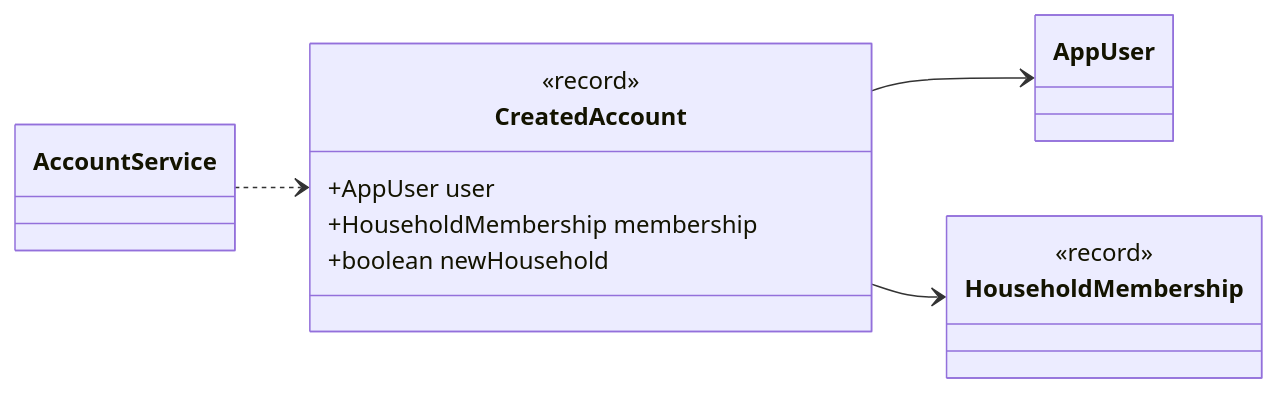
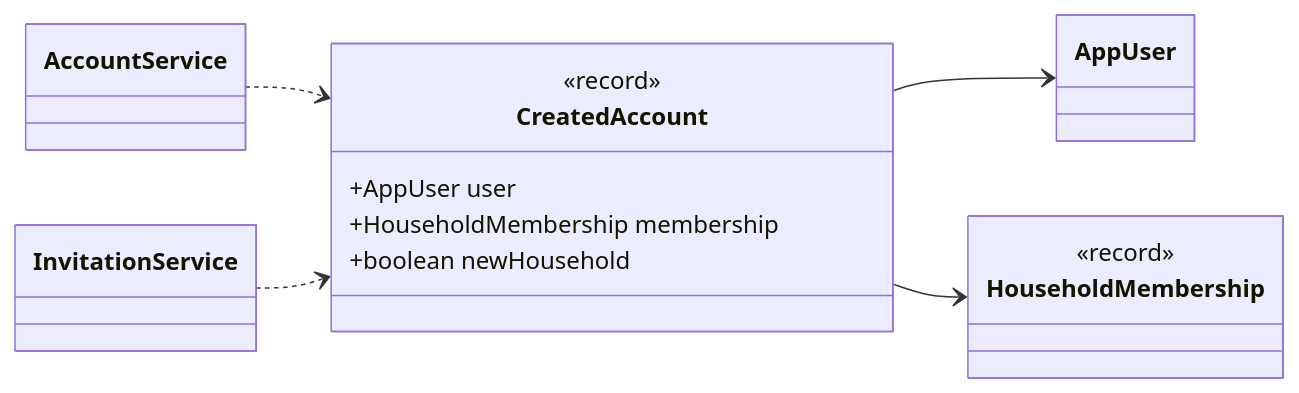
One commit to Nate-ryan-7690/dahaem changed the seventh of 24 diagrams in docs/classes/auth.md. Above: the diagram before and after it, drawn with Mermaid. The commit also changed other lines of this file and 4 other files, not shown here.

````diff
--- a/docs/classes/auth.md
+++ b/docs/classes/auth.md
@@ -391,18 +458,20 @@
 ```mermaid
 classDiagram
     direction LR
     class auth_CreatedAccount["CreatedAccount"] {
         <<record>>
         +AppUser user
         +HouseholdMembership membership
         +boolean newHousehold
     }
     class auth_AppUser["AppUser"]
     class auth_HouseholdMembership["HouseholdMembership"] {
         <<record>>
     }
     class auth_AccountService["AccountService"]
+    class auth_InvitationService["InvitationService"]
     auth_CreatedAccount --> auth_AppUser
     auth_CreatedAccount --> auth_HouseholdMembership
     auth_AccountService ..> auth_CreatedAccount
+    auth_InvitationService ..> auth_CreatedAccount
 ```
````
